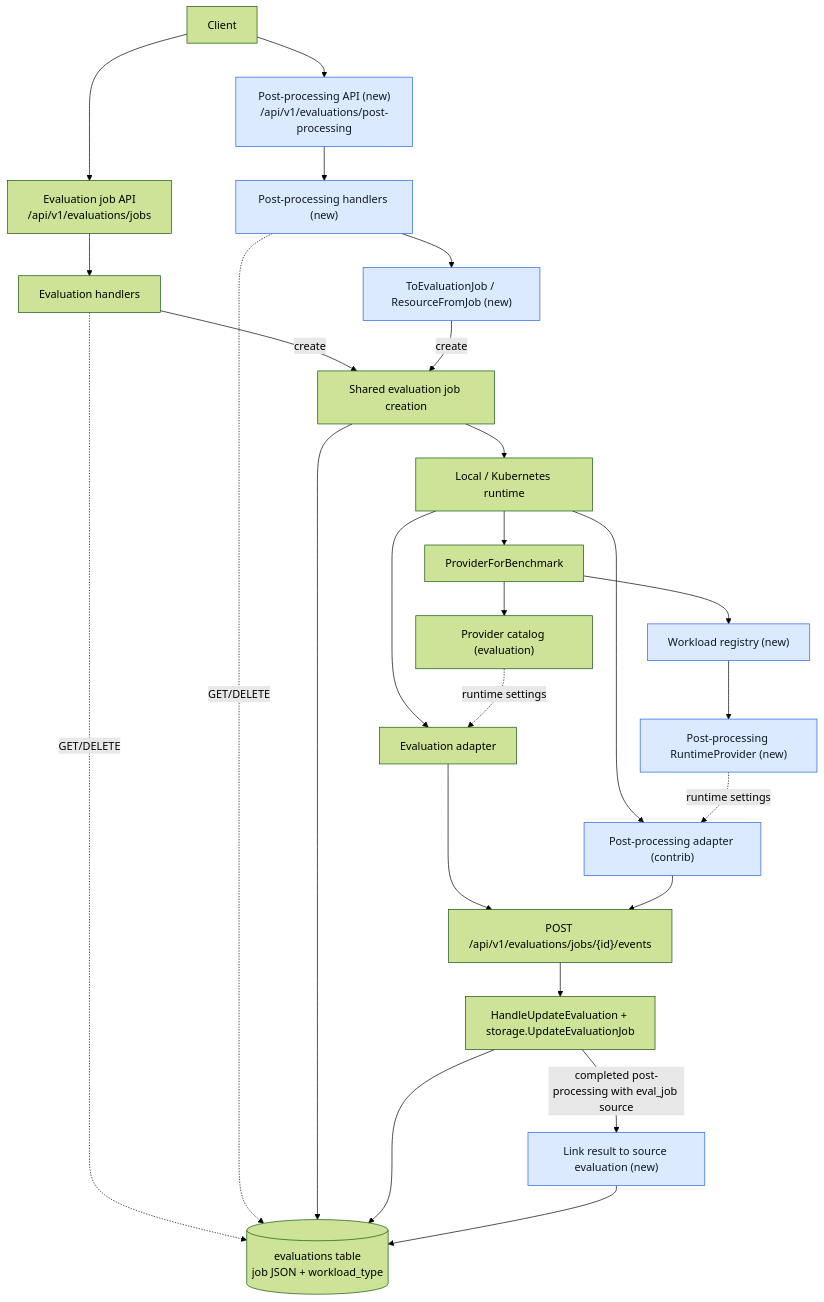
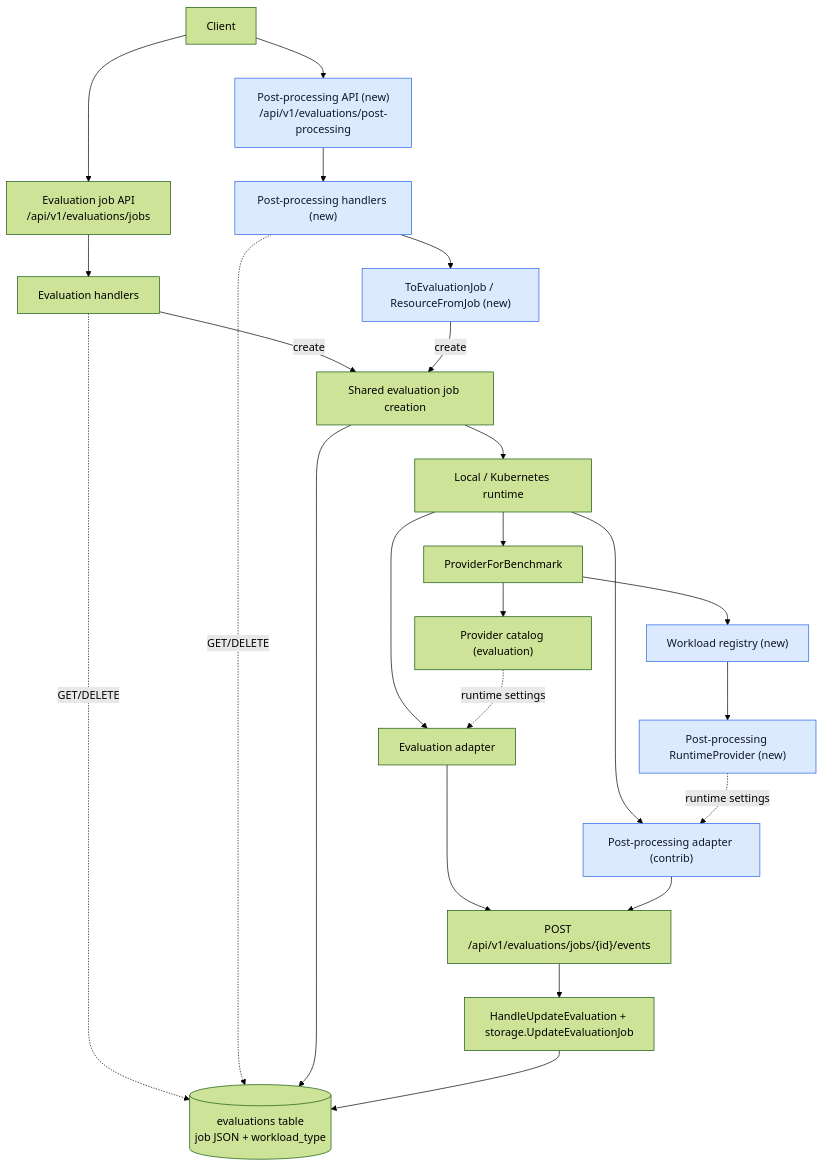
One commit to eval-hub/eval-hub changed the first of 2 diagrams in ARCHITECTURE.md. Above: the diagram before and after it, drawn with Mermaid (forest theme). The commit also changed other lines of this file and 18 other files, not shown here.

First line of the commit message:
docs(post-processing): publish standalone APIs only

````diff
--- a/ARCHITECTURE.md
+++ b/ARCHITECTURE.md
@@ -73,30 +75,28 @@
 ```mermaid
 flowchart TB
     client[Client] --> evalAPI["Evaluation job API<br/>/api/v1/evaluations/jobs"]
     client --> ppAPI["Post-processing API (new)<br/>/api/v1/evaluations/post-processing"]
     evalAPI --> evalHandlers["Evaluation handlers"]
     ppAPI --> ppHandlers["Post-processing handlers (new)"]
     evalHandlers -- create --> create["Shared evaluation job creation"]
     ppHandlers --> ppMapping["ToEvaluationJob / ResourceFromJob (new)"]
     ppMapping -- create --> create
     evalHandlers -. GET/DELETE .-> db[("evaluations table<br/>job JSON + workload_type")]
     ppHandlers -. GET/DELETE .-> db
     create --> db
     create --> runtime["Local / Kubernetes runtime"]
     runtime --> resolver["ProviderForBenchmark"]
     resolver --> catalog["Provider catalog (evaluation)"]
     resolver --> registry["Workload registry (new)"]
     registry --> ppProvider["Post-processing RuntimeProvider (new)"]
     runtime --> evalAdapter["Evaluation adapter"]
     runtime --> ppAdapter["Post-processing adapter (contrib)"]
     catalog -. runtime settings .-> evalAdapter
     ppProvider -. runtime settings .-> ppAdapter
     evalAdapter --> events["POST /api/v1/evaluations/jobs/{id}/events"]
     ppAdapter --> events
     events --> update["HandleUpdateEvaluation + storage.UpdateEvaluationJob"]
     update --> db
-    update -- "completed post-processing with eval_job source" --> link["Link result to source evaluation (new)"]
-    link --> db
     classDef ppNew fill:#dbeafe,stroke:#2563eb,color:#111827;
-    class ppAPI,ppHandlers,ppMapping,registry,ppProvider,ppAdapter,link ppNew;
+    class ppAPI,ppHandlers,ppMapping,registry,ppProvider,ppAdapter ppNew;
 ```
````
